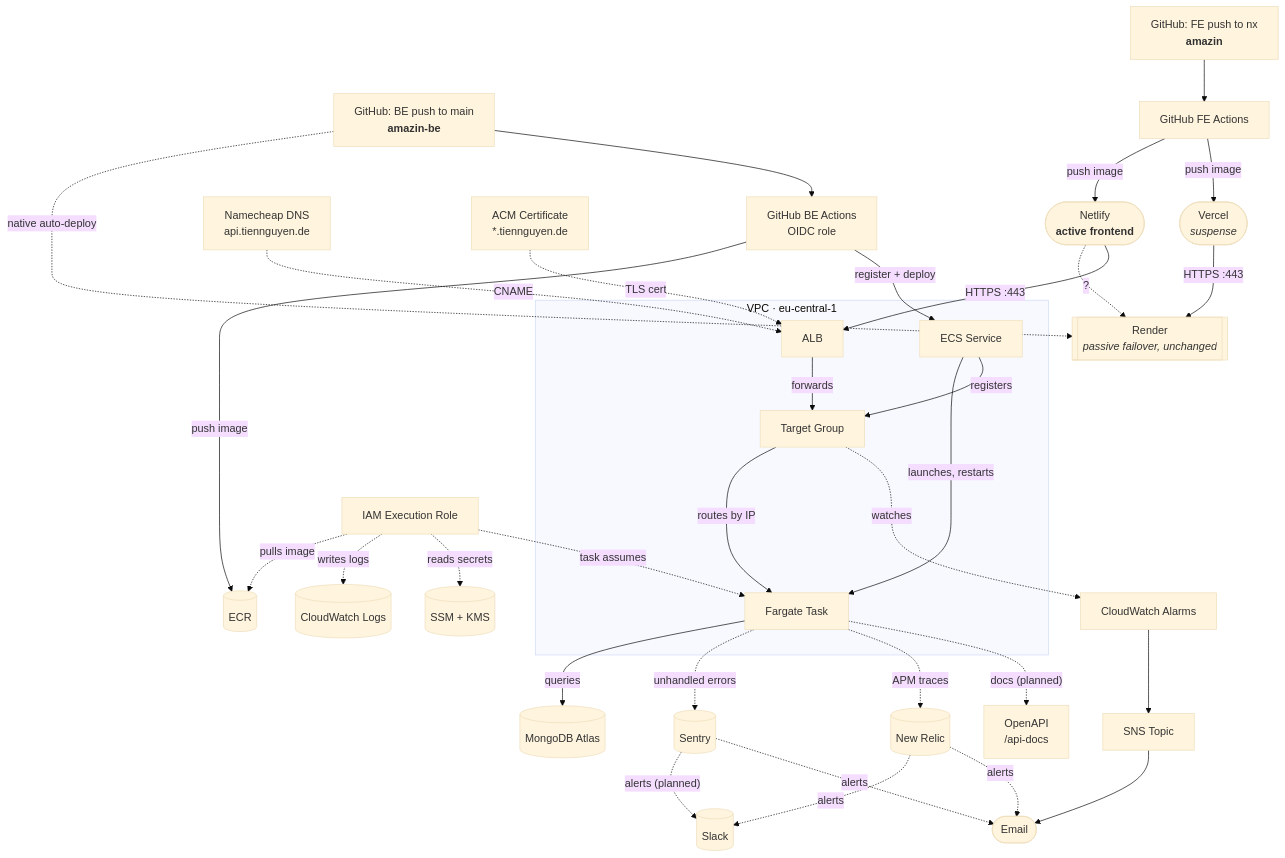
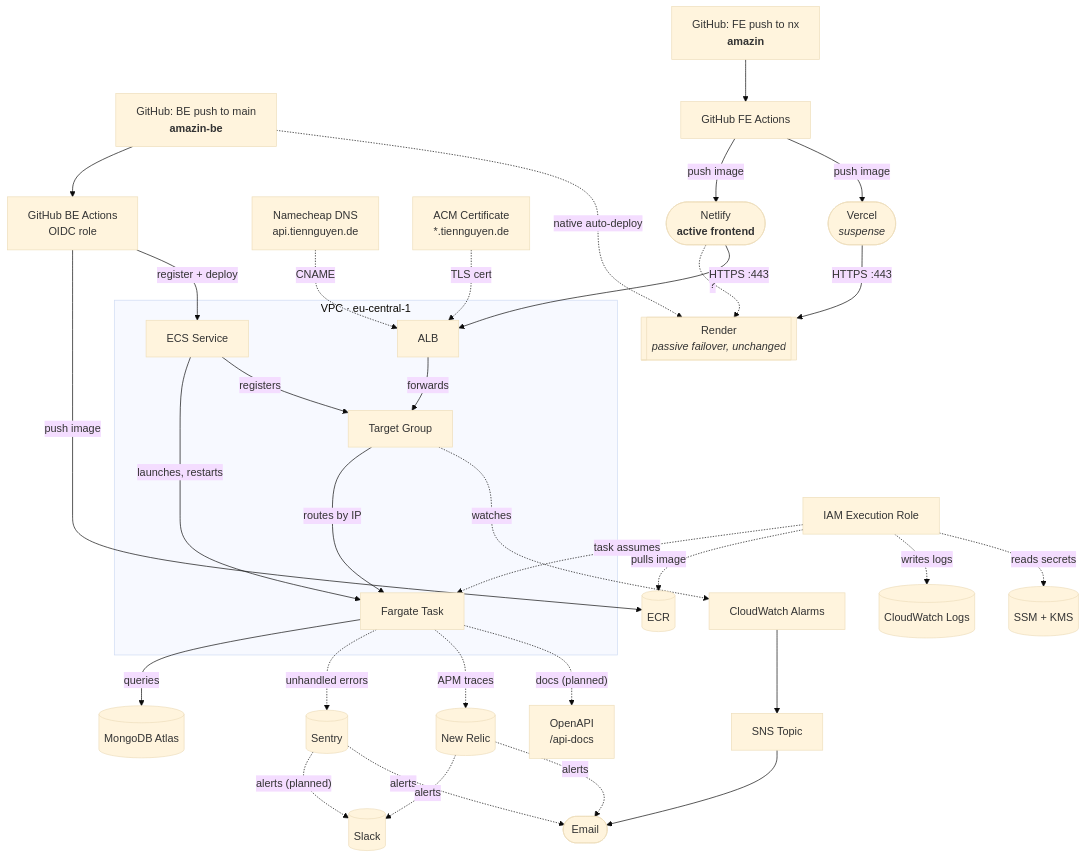
The second of 2 diagrams in README.md (ntrix/amazin-be), drawn with Mermaid (base theme) before and after one commit.

Commit message:
docs(readme): reorder diagram edges for cleaner layout

````diff
--- a/README.md
+++ b/README.md
@@ -116,46 +116,46 @@
 ```mermaid
 flowchart TB
-  GitHubBE["GitHub: BE push to main<br/><b>amazin-be</b>"] -.->|"native auto-deploy"| Render2
-  GitHubBE --> ActionsBE["GitHub BE Actions<br/>OIDC role"]
+  GitHubBE["GitHub: BE push to main<br/><b>amazin-be</b>"] --> ActionsBE["GitHub BE Actions<br/>OIDC role"]
   ActionsBE -->|"push image"| ECR2[("ECR")]
   ActionsBE -->|"register + deploy"| Service2
+  GitHubBE -.->|"native auto-deploy"| Render2
 
   DNS["Namecheap DNS<br/>api.tiennguyen.de"] -. CNAME .-> ALB2
   ACM["ACM Certificate<br/>*.tiennguyen.de"] -. "TLS cert" .-> ALB2
 
   GitHubFE["GitHub: FE push to nx<br/><b>amazin</b>"] --> ActionsFE["GitHub FE Actions"]
   ActionsFE -->|"push image"| Netlify2(["Netlify<br/><b>active frontend</b>"]) .->|"?"| Render2
   Netlify2 -->|"HTTPS :443"| ALB2["ALB"]
   ActionsFE -->|"push image"| Vercel2(["Vercel<br/><i>suspense</i>"]) -->|"HTTPS :443"| Render2
   ALB2 -->|forwards| TG2["Target Group"]
   TG2 -->|"routes by IP"| Task2["Fargate Task"]
   Task2 -->|queries| Mongo2[("MongoDB Atlas")]
   Service2["ECS Service"] -->|"launches, restarts"| Task2
   Service2 -->|registers| TG2
 
   ~~~Role2["IAM Execution Role"] -. "task assumes" .-> Task2
   Role2 -. "pulls image" .-> ECR2
   Role2 -. "writes logs" .-> Logs2[("CloudWatch Logs")]
   Role2 -. "reads secrets" .-> SSM2[("SSM + KMS")]
 
   TG2 -. watches .-> Alarms["CloudWatch Alarms"]
   Alarms --> SNS["SNS Topic"]
   SNS --> Email([Email])
 
   Task2 -. "unhandled errors" .-> Sentry[("Sentry")]
   Task2 -. "APM traces" .-> NewRelic[("New Relic")]
   Task2 -. "docs (planned)" .-> OpenAPI["OpenAPI<br>/api-docs"]
   Sentry -. "alerts (planned)" .-> Slack[("Slack")]
   Sentry -. alerts .-> Email
   NewRelic -. alerts .-> Slack
   NewRelic -. alerts .-> Email
 
   Render2[["Render<br/><i>passive failover, unchanged</i>"]]
 
   subgraph VPC2["VPC · eu-central-1"]
     ALB2
     TG2
     Task2
     Service2
   end
 ```
````
